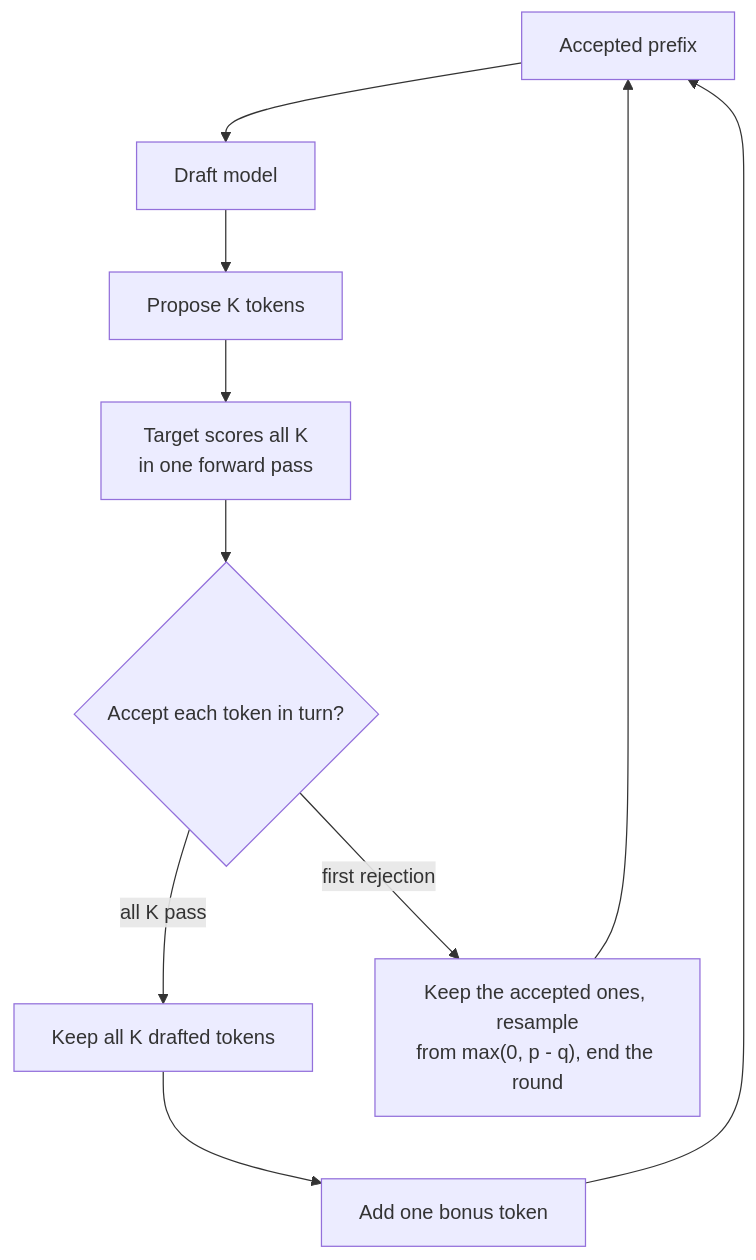
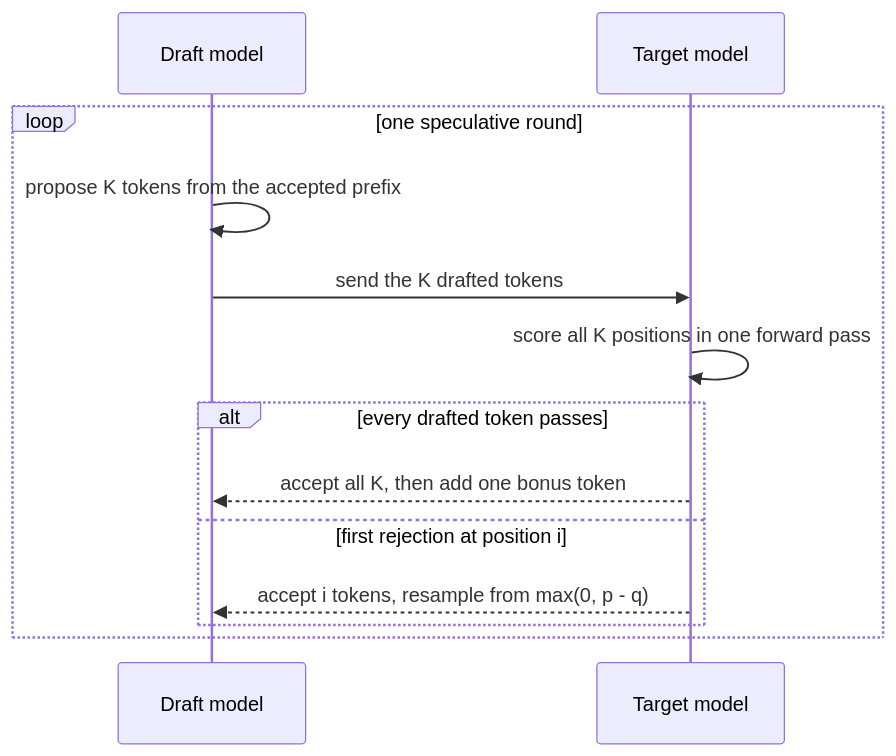
The diagram in walk-the-code/diagrams/spec_round.mmd (danilop/micro-gpt-and-beyond), drawn with Mermaid before and after one commit. The commit also changed 59 other files, not shown here.

```diff
--- a/walk-the-code/diagrams/spec_round.mmd
+++ b/walk-the-code/diagrams/spec_round.mmd
@@ -1,10 +1,13 @@
-graph TD
-    prefix[Accepted prefix] --> draft[Draft model]
-    draft --> ktokens[Propose K tokens]
-    ktokens --> target["Target scores all K<br/>in one forward pass"]
-    target --> check{Accept each token in turn?}
-    check -->|all K pass| keep[Keep all K drafted tokens]
-    check -->|first rejection| restart["Keep the accepted ones, resample<br/>from max(0, p - q), end the round"]
-    keep --> bonus[Add one bonus token]
-    bonus --> prefix
-    restart --> prefix
+sequenceDiagram
+    participant D as Draft model
+    participant T as Target model
+    loop one speculative round
+        D->>D: propose K tokens from the accepted prefix
+        D->>T: send the K drafted tokens
+        T->>T: score all K positions in one forward pass
+        alt every drafted token passes
+            T-->>D: accept all K, then add one bonus token
+        else first rejection at position i
+            T-->>D: accept i tokens, resample from max(0, p - q)
+        end
+    end
```
